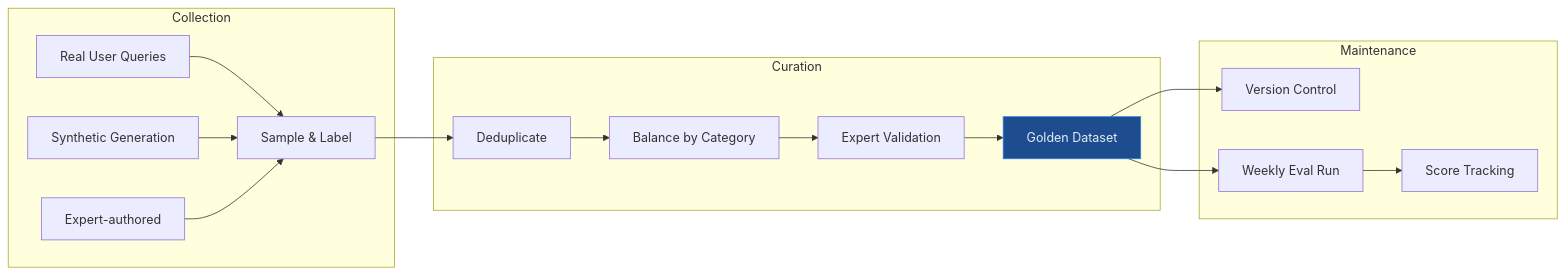
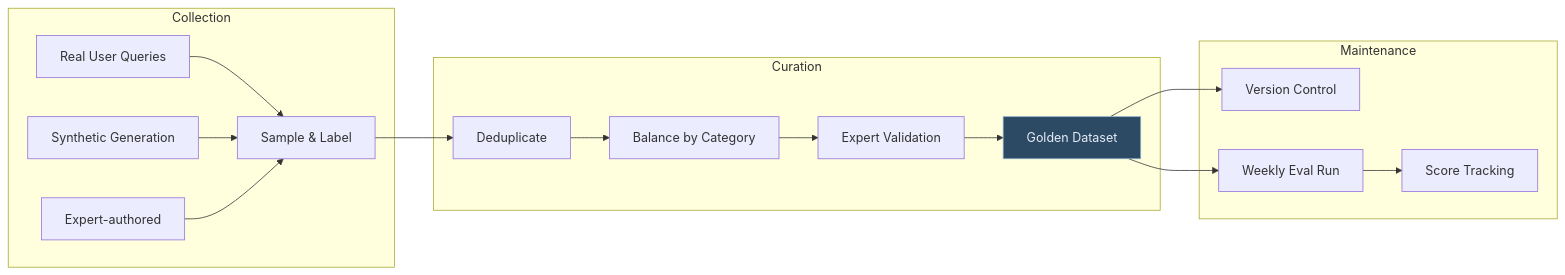
One commit to lorvexai/lorvexai changed the second of 5 diagrams in blog/llm-evaluation-in-production.md. Above: the diagram before and after it, drawn with Mermaid. The commit also changed other lines of this file and 16 other files, not shown here.

First line of the commit message:
Retune hardcoded Mermaid node colors to match the site palette

````diff
--- a/blog/llm-evaluation-in-production.md
+++ b/blog/llm-evaluation-in-production.md
@@ -99,23 +99,23 @@
 ```mermaid
 flowchart LR
     subgraph Collection
         RE[Real User Queries] --> S[Sample & Label]
         SY[Synthetic Generation] --> S
         EX[Expert-authored] --> S
     end
 
     subgraph Curation
         S --> DU[Deduplicate]
         DU --> BA[Balance by Category]
         BA --> VA[Expert Validation]
         VA --> GD[Golden Dataset]
     end
 
     subgraph Maintenance
         GD --> VE[Version Control]
         GD --> WK[Weekly Eval Run]
         WK --> SC[Score Tracking]
     end
 
-    style GD fill:#1D4C8F,stroke:#2F80ED,color:#E6ECF7
+    style GD fill:#2C4A63,stroke:#8FB2CC,color:#E6ECF7
 ```
````
